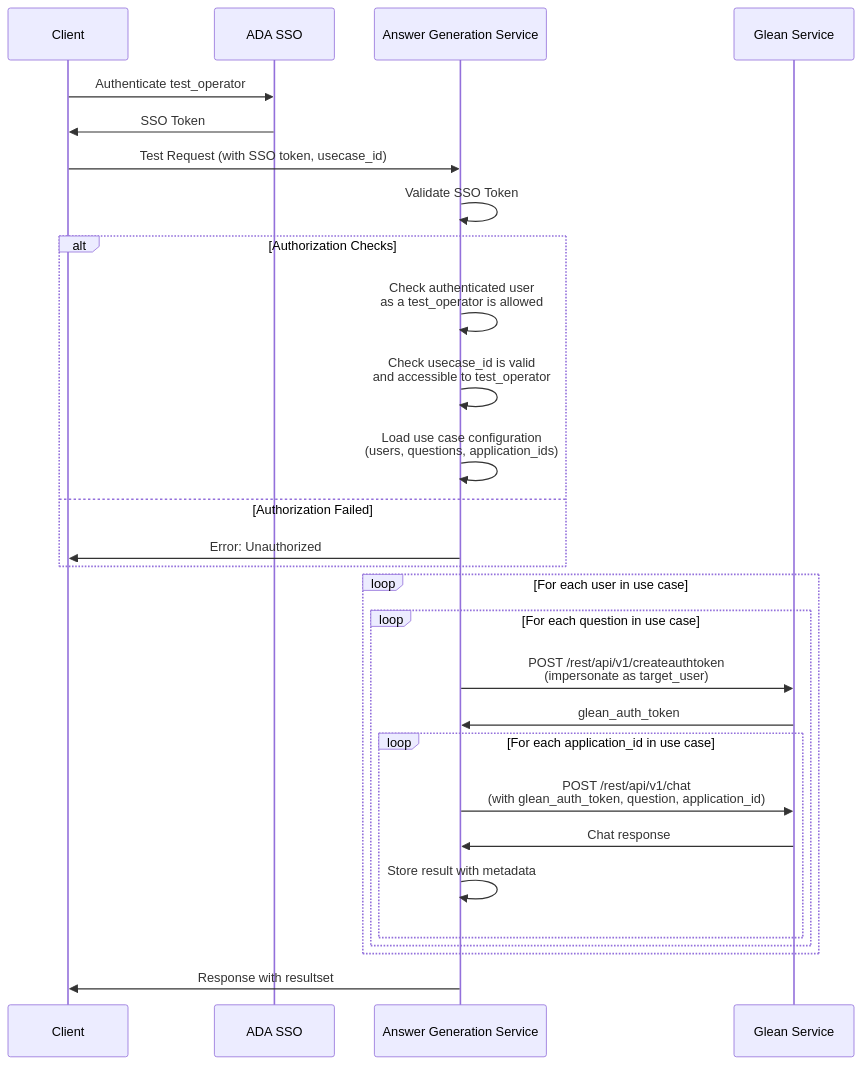
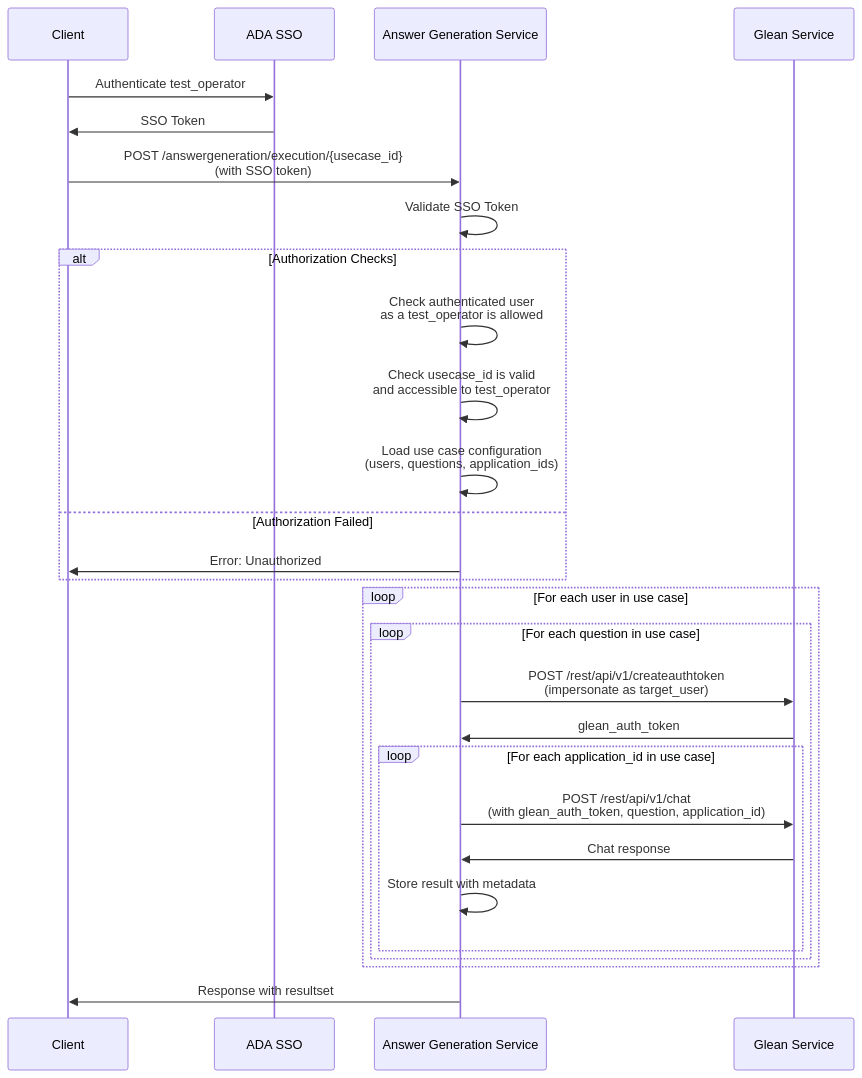
One commit to andrewhzy/test-automation changed the second of 2 diagrams in answer-generation-architecture.md. Above: the diagram before and after it, drawn with Mermaid. The commit also changed other lines of this file, not shown here.

````diff
--- a/answer-generation-architecture.md
+++ b/answer-generation-architecture.md
@@ -49,34 +50,34 @@
 ```mermaid
 sequenceDiagram
     participant C as Client
     participant SSO as ADA SSO
     participant TA as Answer Generation Service
     participant G as Glean Service
     
     C->>SSO: Authenticate test_operator
     SSO->>C: SSO Token
-    C->>TA: Test Request (with SSO token, usecase_id)
+    C->>TA: POST /answergeneration/execution/{usecase_id} <br/>(with SSO token)
     TA->>TA: Validate SSO Token
     
     alt Authorization Checks
         TA->>TA: Check authenticated user <br/>as a test_operator is allowed
         TA->>TA: Check usecase_id is valid <br/>and accessible to test_operator
         TA->>TA: Load use case configuration <br/>(users, questions, application_ids)
     else Authorization Failed
         TA->>C: Error: Unauthorized
     end
     
     loop For each user in use case
         loop For each question in use case
             TA->>G: POST /rest/api/v1/createauthtoken <br/>(impersonate as target_user)
             G->>TA: glean_auth_token
             loop For each application_id in use case
                 TA->>G: POST /rest/api/v1/chat<br/> (with glean_auth_token, question, application_id)
                 G->>TA: Chat response
                 TA->>TA: Store result with metadata
             end
         end
     end
 
     TA->>C: Response with resultset
 ```
````
